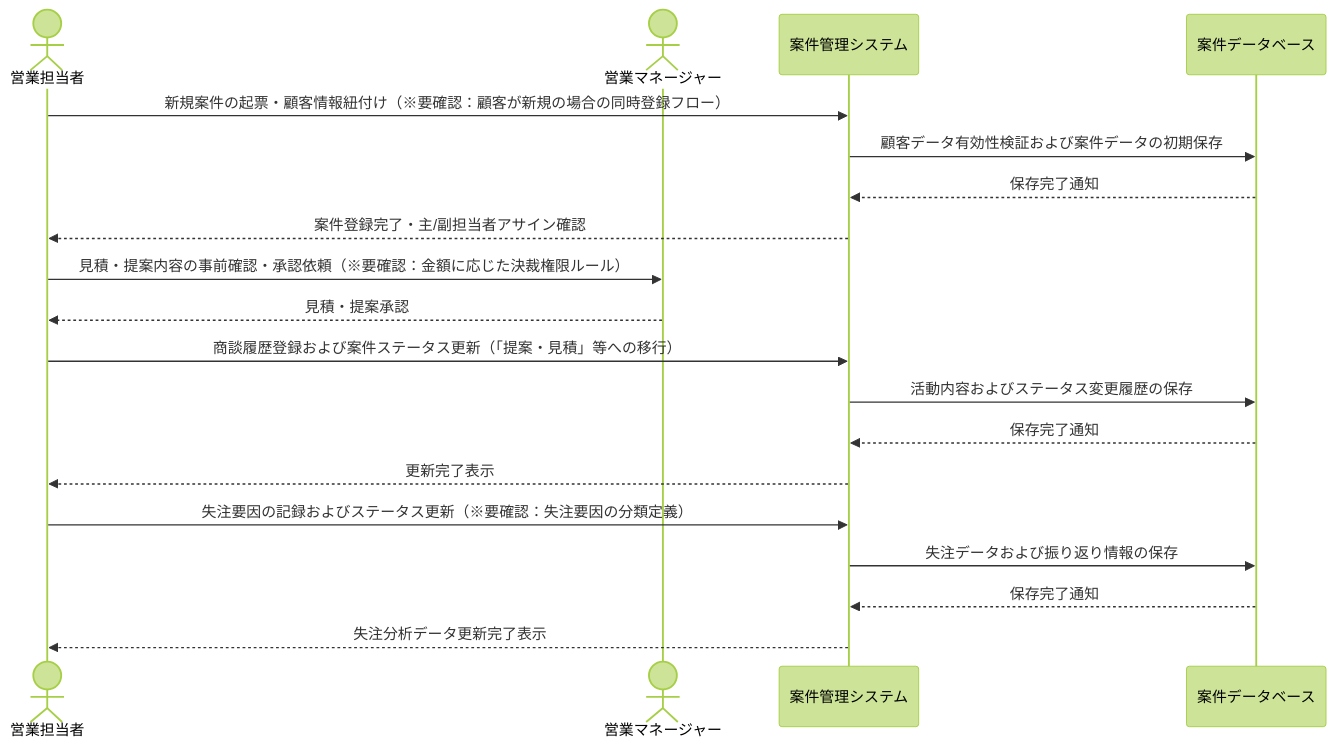
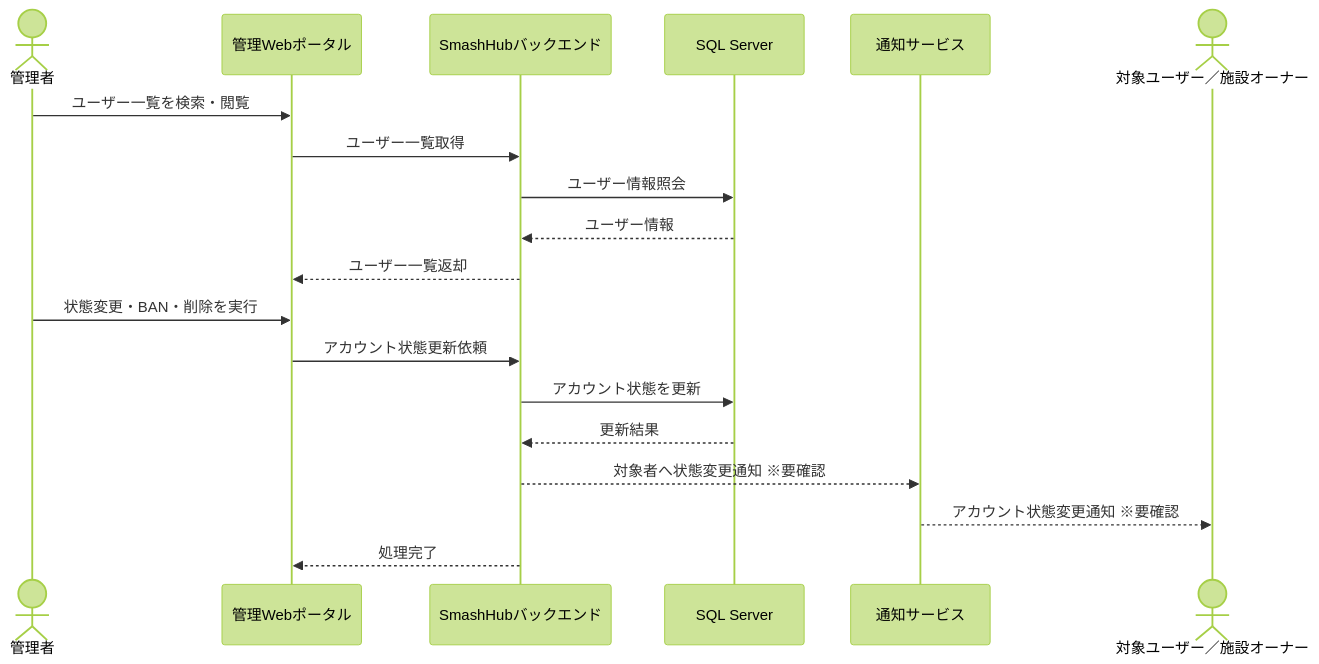
The fourth of 14 diagrams in .gear/smashhub/business-flow.md (Huy19N/SmashHub), drawn with Mermaid (forest theme) before and after one commit. The commit also changed other lines of this file and 4 other files, not shown here.

````diff
--- a/.gear/smashhub/business-flow.md
+++ b/.gear/smashhub/business-flow.md
@@ -60,21 +147,21 @@
 ```mermaid
 sequenceDiagram
-    actor sales as 営業担当者
-    actor manager as 営業マネージャー
-    participant system as 案件管理システム
-    participant db as 案件データベース
-    sales->>system: 新規案件の起票・顧客情報紐付け（※要確認：顧客が新規の場合の同時登録フロー）
-    system->>db: 顧客データ有効性検証および案件データの初期保存
-    db-->>system: 保存完了通知
-    system-->>sales: 案件登録完了・主/副担当者アサイン確認
-    sales->>manager: 見積・提案内容の事前確認・承認依頼（※要確認：金額に応じた決裁権限ルール）
-    manager-->>sales: 見積・提案承認
-    sales->>system: 商談履歴登録および案件ステータス更新（「提案・見積」等への移行）
-    system->>db: 活動内容およびステータス変更履歴の保存
-    db-->>system: 保存完了通知
-    system-->>sales: 更新完了表示
-    sales->>system: 失注要因の記録およびステータス更新（※要確認：失注要因の分類定義）
-    system->>db: 失注データおよび振り返り情報の保存
-    db-->>system: 保存完了通知
-    system-->>sales: 失注分析データ更新完了表示
+    actor admin as 管理者
+    participant admin_web as 管理Webポータル
+    participant backend as SmashHubバックエンド
+    participant db as SQL Server
+    participant notification as 通知サービス
+    actor target_user as 対象ユーザー／施設オーナー
+    admin->>admin_web: ユーザー一覧を検索・閲覧
+    admin_web->>backend: ユーザー一覧取得
+    backend->>db: ユーザー情報照会
+    db-->>backend: ユーザー情報
+    backend-->>admin_web: ユーザー一覧返却
+    admin->>admin_web: 状態変更・BAN・削除を実行
+    admin_web->>backend: アカウント状態更新依頼
+    backend->>db: アカウント状態を更新
+    db-->>backend: 更新結果
+    backend-->>notification: 対象者へ状態変更通知 ※要確認
+    notification-->>target_user: アカウント状態変更通知 ※要確認
+    backend-->>admin_web: 処理完了
 ```
````
